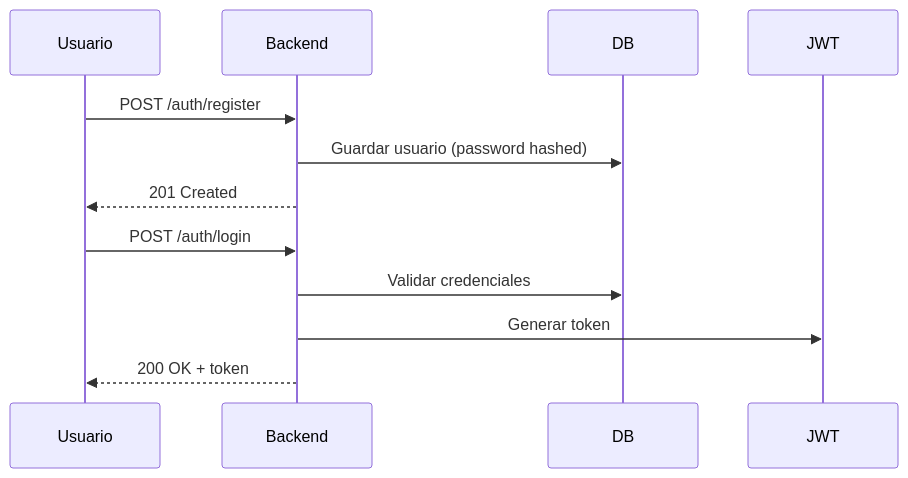
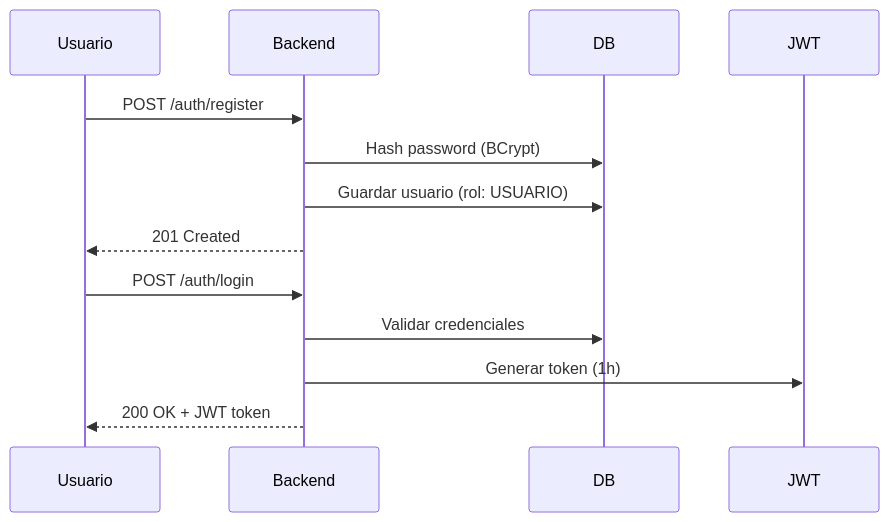
The first of 6 diagrams in appointments_backend/README.md (Andres-Martinez-2706/Proyecto_entornos), drawn with Mermaid before and after one commit. The commit also changed other lines of this file and 5 other files, not shown here.

````diff
--- a/appointments_backend/README.md
+++ b/appointments_backend/README.md
@@ -513,10 +1265,11 @@
 ```mermaid
 sequenceDiagram
     Usuario->>Backend: POST /auth/register
-    Backend->>DB: Guardar usuario (password hashed)
+    Backend->>DB: Hash password (BCrypt)
+    Backend->>DB: Guardar usuario (rol: USUARIO)
     Backend-->>Usuario: 201 Created
     Usuario->>Backend: POST /auth/login
     Backend->>DB: Validar credenciales
-    Backend->>JWT: Generar token
-    Backend-->>Usuario: 200 OK + token
+    Backend->>JWT: Generar token (1h)
+    Backend-->>Usuario: 200 OK + JWT token
 ```
````
